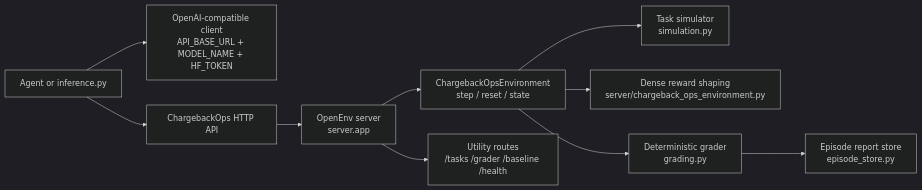
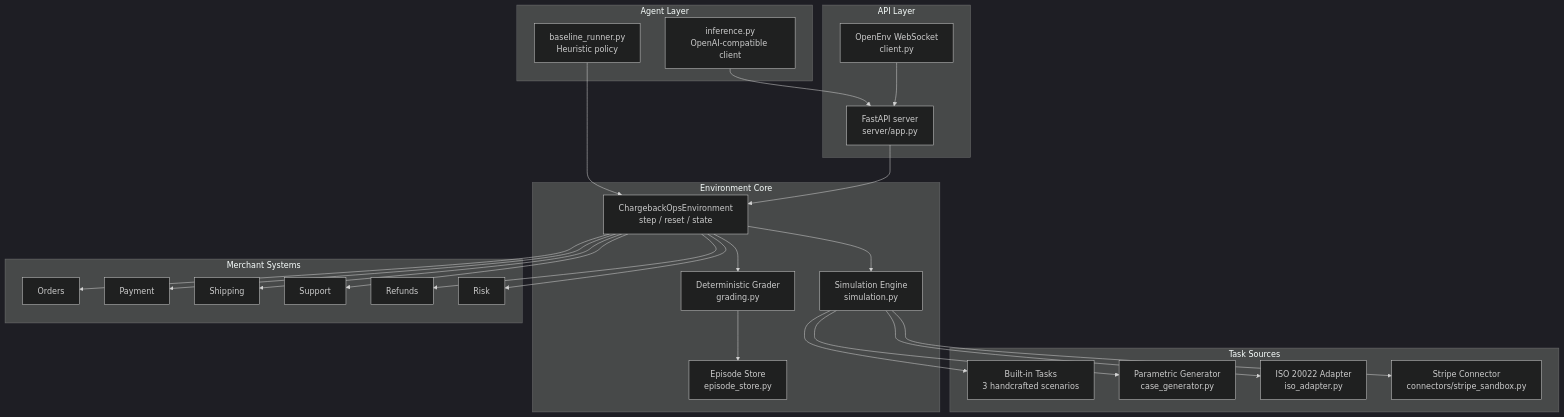
Before and after one commit to MitudruDutta/chargebackops: the first of 3 diagrams in README.md, drawn with Mermaid (dark theme). The commit also changed other lines of this file and 8 other files, not shown here.

````diff
--- a/README.md
+++ b/README.md
@@ -36,12 +28,53 @@
 ```mermaid
-flowchart LR
-    A["Agent or inference.py"] --> B["OpenAI-compatible client<br/>API_BASE_URL + MODEL_NAME + HF_TOKEN"]
-    A --> C["ChargebackOps HTTP API"]
-    C --> D["OpenEnv server<br/>server.app"]
-    D --> E["ChargebackOpsEnvironment<br/>step / reset / state"]
-    E --> F["Task simulator<br/>simulation.py"]
-    E --> G["Dense reward shaping<br/>server/chargeback_ops_environment.py"]
-    E --> H["Deterministic grader<br/>grading.py"]
-    H --> I["Episode report store<br/>episode_store.py"]
-    D --> J["Utility routes<br/>/tasks /grader /baseline /health"]
+graph TB
+    subgraph Agent Layer
+        INF[inference.py<br/>OpenAI-compatible client]
+        BL[baseline_runner.py<br/>Heuristic policy]
+    end
+
+    subgraph API Layer
+        APP[FastAPI server<br/>server/app.py]
+        WS[OpenEnv WebSocket<br/>client.py]
+    end
+
+    subgraph Environment Core
+        ENV[ChargebackOpsEnvironment<br/>step / reset / state]
+        SIM[Simulation Engine<br/>simulation.py]
+        GRD[Deterministic Grader<br/>grading.py]
+        STORE[Episode Store<br/>episode_store.py]
+    end
+
+    subgraph Task Sources
+        FIXED[Built-in Tasks<br/>3 handcrafted scenarios]
+        GEN[Parametric Generator<br/>case_generator.py]
+        ISO[ISO 20022 Adapter<br/>iso_adapter.py]
+        STRIPE[Stripe Connector<br/>connectors/stripe_sandbox.py]
+    end
+
+    subgraph Merchant Systems
+        ORD[Orders]
+        PAY[Payment]
+        SHIP[Shipping]
+        SUP[Support]
+        REF[Refunds]
+        RISK[Risk]
+    end
+
+    INF --> APP
+    BL --> ENV
+    APP --> ENV
+    WS --> APP
+    ENV --> SIM
+    ENV --> GRD
+    GRD --> STORE
+    SIM --> FIXED
+    SIM --> GEN
+    SIM --> ISO
+    SIM --> STRIPE
+    ENV --> ORD
+    ENV --> PAY
+    ENV --> SHIP
+    ENV --> SUP
+    ENV --> REF
+    ENV --> RISK
 ```
````
